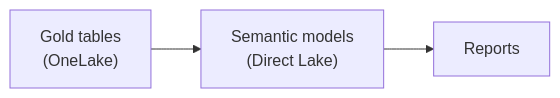
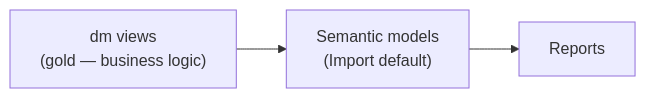
One commit to Jonvoge/fabric-playbook changed the diagram in instances/DRS/pages/07-transformation-modelling.md. Above: the diagram before and after it, drawn with Mermaid. The commit also changed other lines of this file and 8 other files, not shown here.

````diff
--- a/instances/DRS/pages/07-transformation-modelling.md
+++ b/instances/DRS/pages/07-transformation-modelling.md
@@ -23,5 +25,5 @@
 ```mermaid
 flowchart LR
-  G["Gold tables<br/>(OneLake)"] --> M["Semantic models<br/>(Direct Lake)"]
+  G["dm views<br/>(gold — business logic)"] --> M["Semantic models<br/>(Import default)"]
   M --> R["Reports"]
 ```
````
